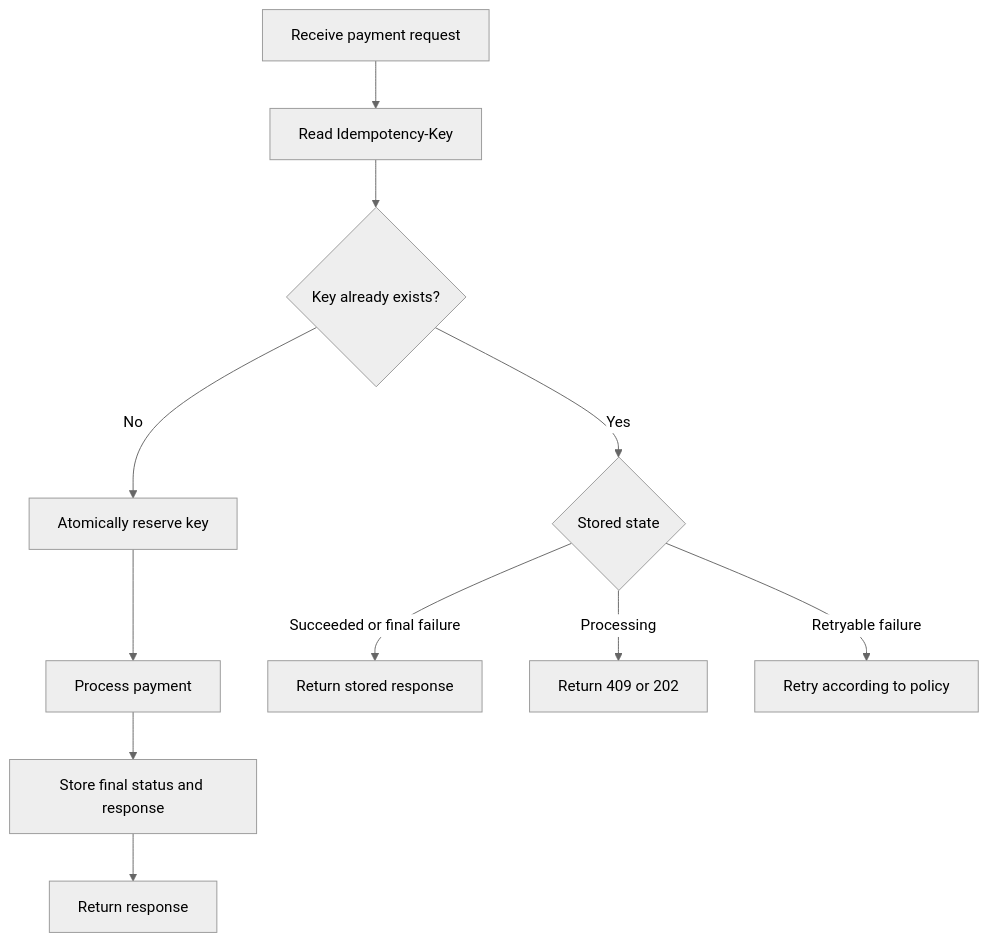
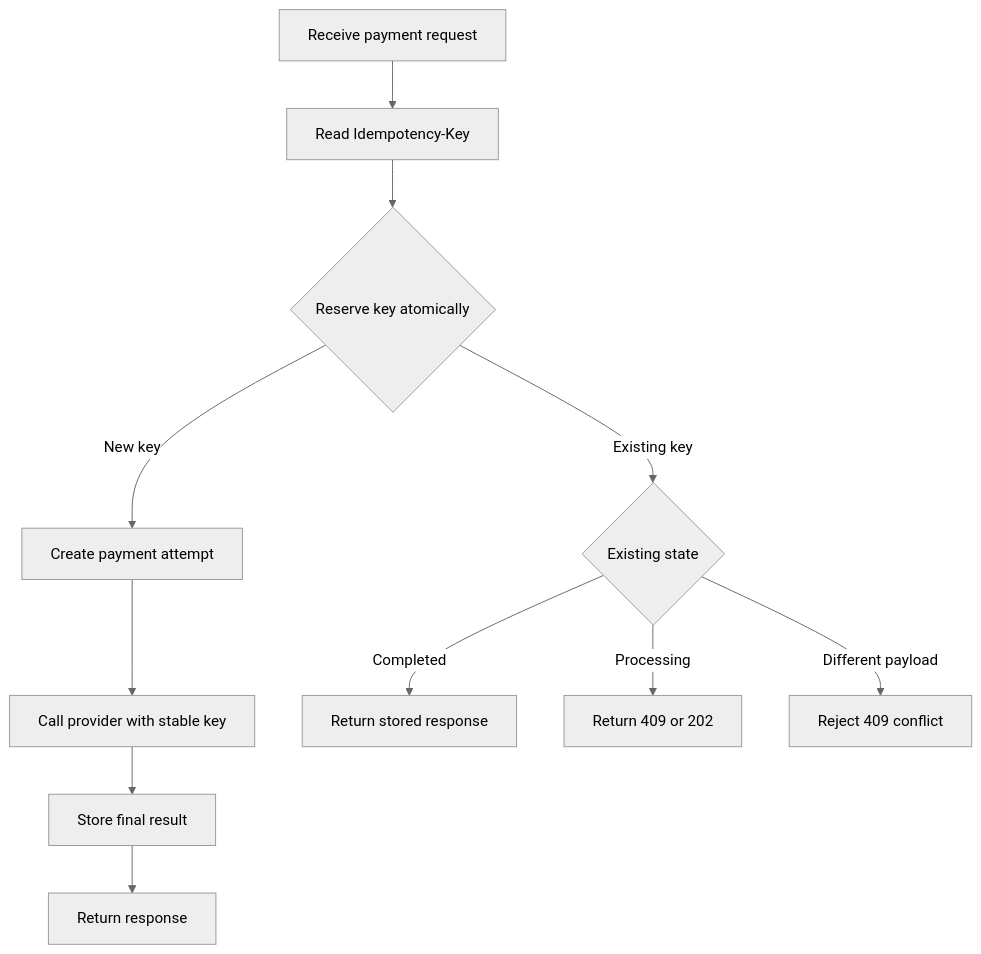
Before and after one commit to AvadhBhalodiya/Interview-Preparation: the first of 3 diagrams in src/content/payments/idempotency-keys.md, drawn with Mermaid (neutral theme). The commit also changed other lines of this file and 54 other files, not shown here.

````diff
--- a/src/content/payments/idempotency-keys.md
+++ b/src/content/payments/idempotency-keys.md
@@ -21,14 +23,14 @@
 ```mermaid
 flowchart TD
     A[Receive payment request] --> B[Read Idempotency-Key]
-    B --> C{Key already exists?}
-    C -- No --> D[Atomically reserve key]
-    D --> E[Process payment]
-    E --> F[Store final status and response]
+    B --> C{Reserve key atomically}
+    C -- New key --> D[Create payment attempt]
+    D --> E[Call provider with stable key]
+    E --> F[Store final result]
     F --> G[Return response]
 
-    C -- Yes --> H{Stored state}
-    H -- Succeeded or final failure --> I[Return stored response]
+    C -- Existing key --> H{Existing state}
+    H -- Completed --> I[Return stored response]
     H -- Processing --> J[Return 409 or 202]
-    H -- Retryable failure --> K[Retry according to policy]
+    H -- Different payload --> K[Reject 409 conflict]
 ```
````
